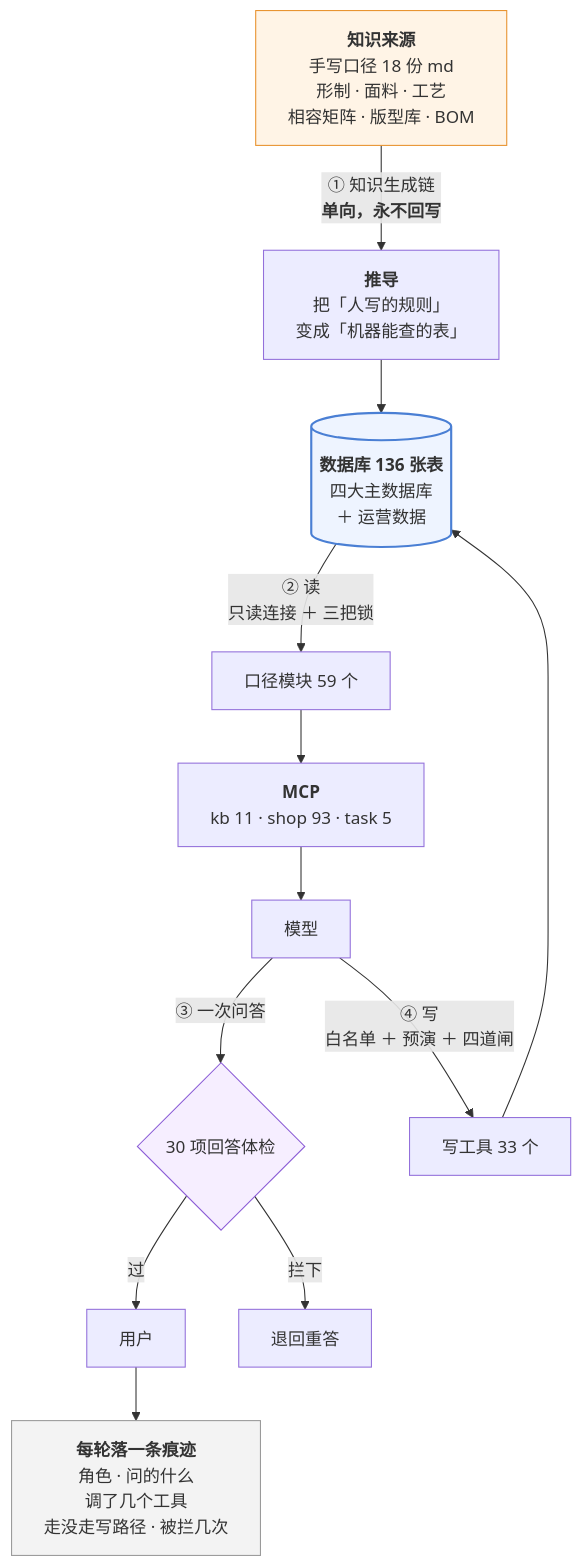
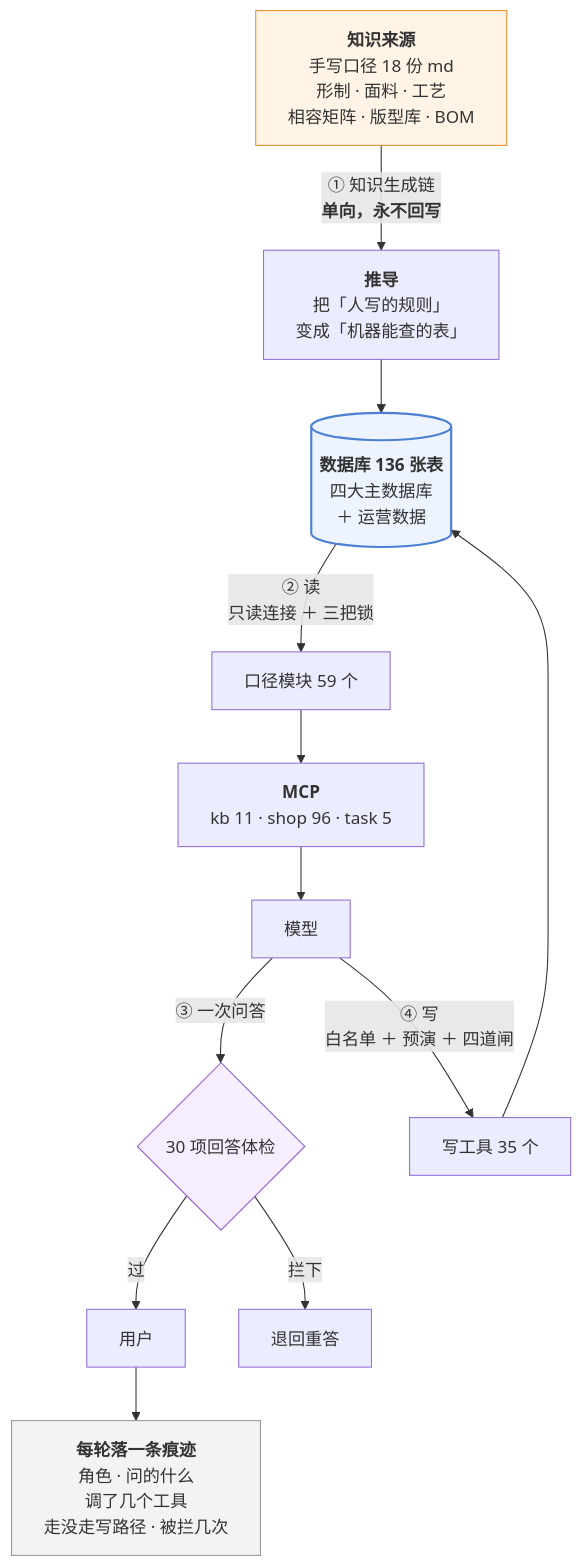
One commit to 843773296-rgb/lanxiu-yunshang-agent changed the third of 3 diagrams in 澜绣云裳agent-产品说明.md. Above: the diagram before and after it, drawn with Mermaid. The commit also changed other lines of this file and 23 other files, not shown here.

````diff
--- a/澜绣云裳agent-产品说明.md
+++ b/澜绣云裳agent-产品说明.md
@@ -1153,24 +1156,24 @@
 ```mermaid
 flowchart TD
     MD["<b>知识来源</b><br/>手写口径 18 份 md<br/>形制 · 面料 · 工艺<br/>相容矩阵 · 版型库 · BOM"]
     MD -->|"① 知识生成链<br/><b>单向，永不回写</b>"| DV["<b>推导</b><br/>把「人写的规则」<br/>变成「机器能查的表」"]
     DV --> DB[("<b>数据库 136 张表</b><br/>四大主数据库<br/>＋ 运营数据")]
 
     DB -->|"② 读<br/>只读连接 ＋ 三把锁"| KJ["口径模块 59 个"]
-    KJ --> MCP["<b>MCP</b><br/>kb 11 · shop 93 · task 5"]
+    KJ --> MCP["<b>MCP</b><br/>kb 11 · shop 96 · task 5"]
     MCP --> LLM["模型"]
 
     LLM -->|"③ 一次问答"| GD{"30 项回答体检"}
     GD -- 过 --> U["用户"]
     GD -- 拦下 --> RE["退回重答"]
 
-    LLM -->|"④ 写<br/>白名单 ＋ 预演 ＋ 四道闸"| W["写工具 33 个"]
+    LLM -->|"④ 写<br/>白名单 ＋ 预演 ＋ 四道闸"| W["写工具 35 个"]
     W --> DB
 
     U --> TR["<b>每轮落一条痕迹</b><br/>角色 · 问的什么<br/>调了几个工具<br/>走没走写路径 · 被拦几次"]
 
     style MD fill:#fff4e6,stroke:#e8912d
     style DB fill:#eef4ff,stroke:#4a7fd4,stroke-width:2px
     style GD fill:#f6eeff,stroke:#8b5cd6
     style TR fill:#f3f3f3,stroke:#999
 ```
````
